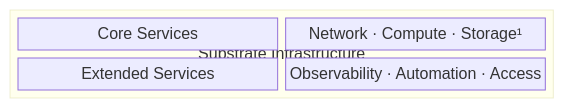
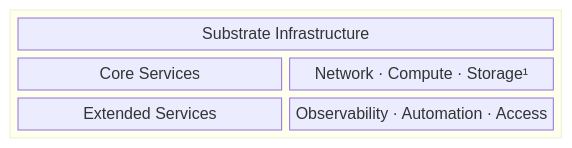
One commit to deevnet/deevnet-docs changed the diagram in content/docs/architecture/substrate/_index.md. Above: the diagram before and after it, drawn with Mermaid.

Commit message:
Move substrate diagram label to header row above tiles

```diff
--- a/content/docs/architecture/substrate/_index.md
+++ b/content/docs/architecture/substrate/_index.md
@@ -17,9 +17,11 @@
 {{< mermaid >}}
 block-beta
-    columns 1
-    block:infra["Substrate Infrastructure"]
+    columns 2
+    block:infra:2
         columns 2
+        hdr["Substrate Infrastructure"]:2
         core["Core Services"]:1 cored["Network · Compute · Storage¹"]:1
         ext["Extended Services"]:1 extd["Observability · Automation · Access"]:1
     end
+    style hdr text-align:left
 {{< /mermaid >}}
```
